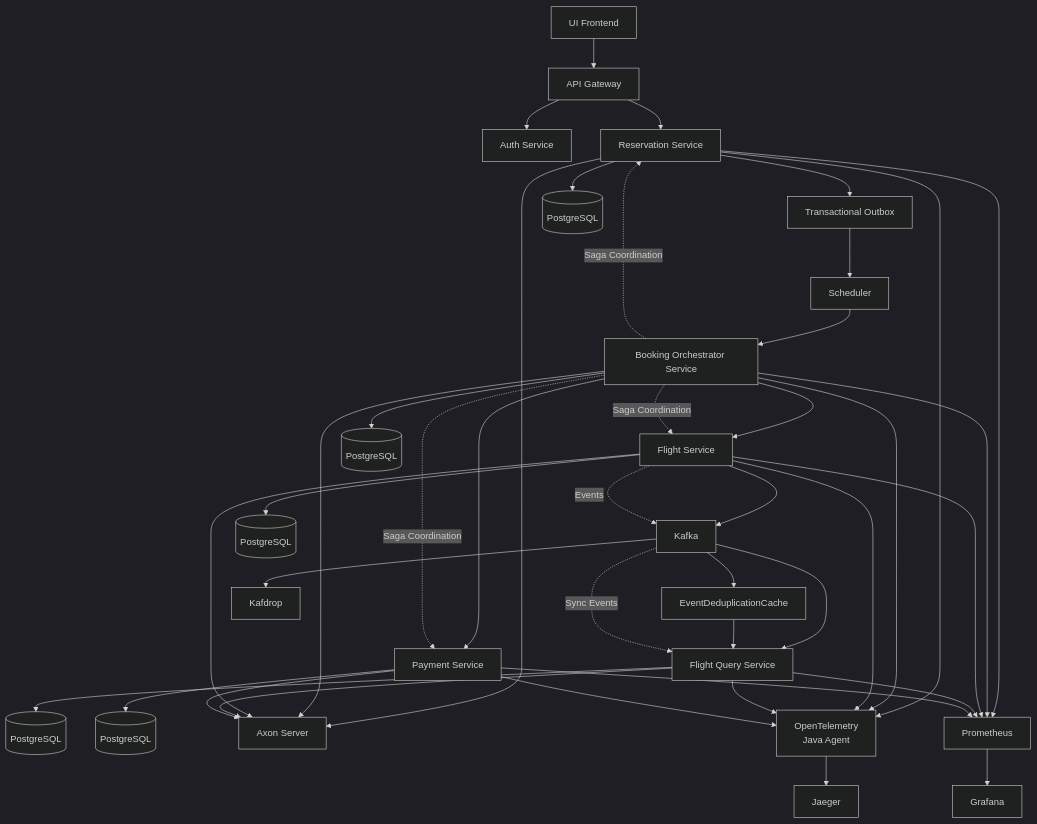
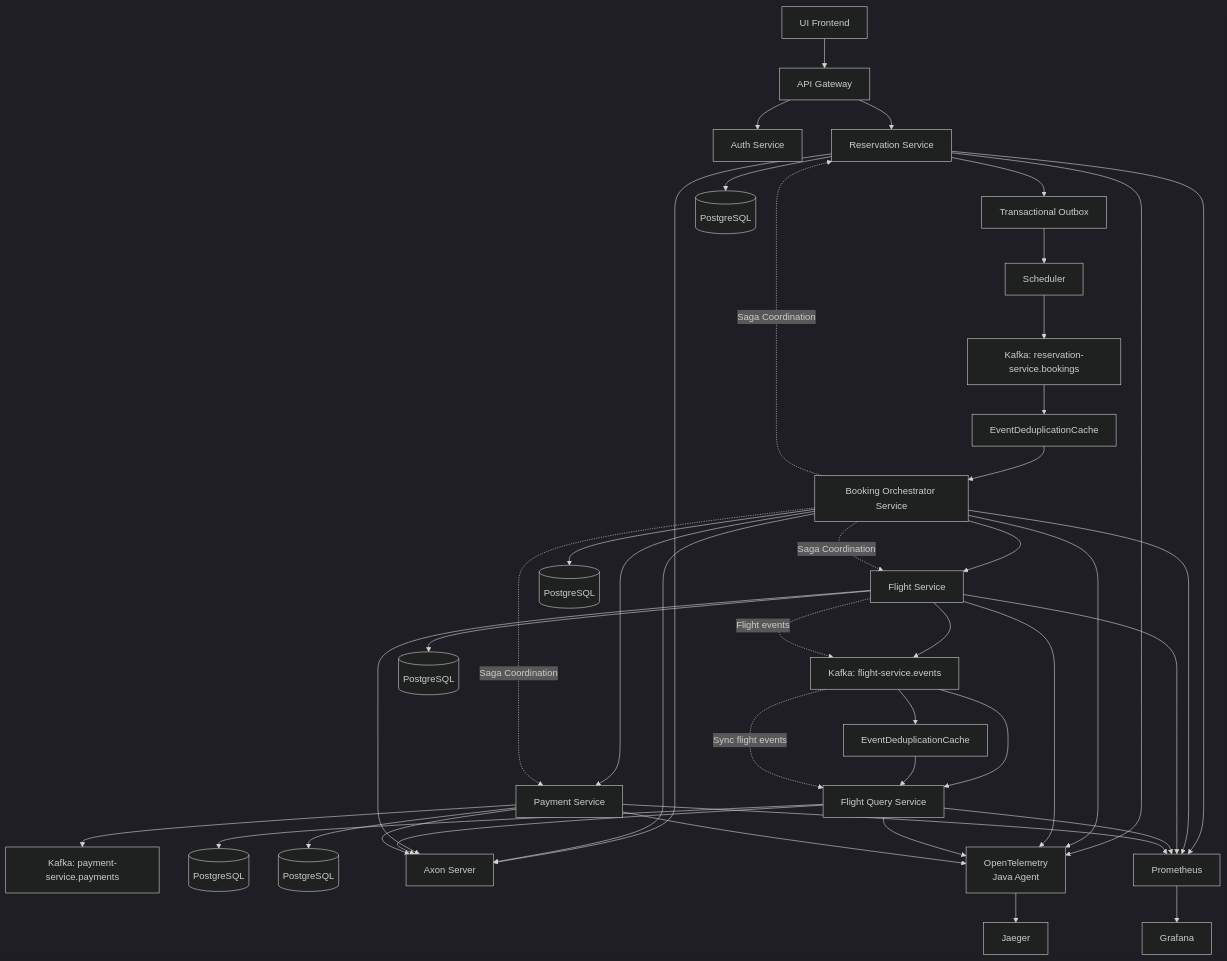
The diagram in design.mmd (vstebletsov89/spring-boot-microservices-saga), drawn with Mermaid (dark theme) before and after one commit.

```diff
--- a/design.mmd
+++ b/design.mmd
@@ -1,61 +1,68 @@
 graph TD
 UI[UI Frontend] --> GW[API Gateway]
 
 GW --> AUTH[Auth Service]
 GW --> RES[Reservation Service]
 
 RES --> TOB[Transactional Outbox]
 TOB --> SCH[Scheduler]
-SCH --> ORC[Booking Orchestrator Service]
+SCH --> KAFKA_RES_TOPIC[Kafka: reservation-service.bookings]
+
+KAFKA_RES_TOPIC --> EDC1[EventDeduplicationCache]
+EDC1 --> ORC[Booking Orchestrator Service]
 
 ORC --> FLIGHT[Flight Service]
 ORC --> PAY[Payment Service]
 
-FLIGHT --> KAFKA[Kafka]
-KAFKA --> FQ[Flight Query Service]
+FLIGHT --> KAFKA_FLIGHT_TOPIC[Kafka: flight-service.events]
+KAFKA_FLIGHT_TOPIC --> FQ[Flight Query Service]
 
-KAFKA --> EDC[EventDeduplicationCache]
-EDC --> FQ
+KAFKA_FLIGHT_TOPIC --> EDC2[EventDeduplicationCache]
+EDC2 --> FQ
+
+PAY --> KAFKA_PAYMENT_TOPIC[Kafka: payment-service.payments]
 
 %% Databases
 RES --> PGRES[(PostgreSQL)]
 ORC --> PGBOOK[(PostgreSQL)]
 FLIGHT --> PGFLIGHT[(PostgreSQL)]
 FQ --> PGQUERY[(PostgreSQL)]
 PAY --> PGPAY[(PostgreSQL)]
 
 %% Axon Server
 RES --> AXON[Axon Server]
 ORC --> AXON
 FLIGHT --> AXON
 FQ --> AXON
 PAY --> AXON
 
 %% Monitoring
 RES --> OTEL[OpenTelemetry<br/>Java Agent]
 ORC --> OTEL
 FLIGHT --> OTEL
 FQ --> OTEL
 PAY --> OTEL
 
 %% Additional monitoring
 RES --> PROM[Prometheus]
 ORC --> PROM
 FLIGHT --> PROM
 FQ --> PROM
 PAY --> PROM
 PROM --> GRAF[Grafana]
 
 OTEL --> JAEGER[Jaeger]
 
 %% Kafka UI
-KAFKA --> KAFDROP[Kafdrop]
+%%KAFKA_RES_TOPIC     --> KAFDROP[Kafdrop]
+%%KAFKA_FLIGHT_TOPIC  --> KAFDROP
+%%KAFKA_PAYMENT_TOPIC --> KAFDROP
 
 %% Saga Pattern
 ORC -.->|Saga Coordination| FLIGHT
 ORC -.->|Saga Coordination| PAY
 ORC -.->|Saga Coordination| RES
 
 %% Event Flow
-FLIGHT -.->|Events| KAFKA
-KAFKA -.->|Sync Events| FQ
+FLIGHT -.->|Flight events| KAFKA_FLIGHT_TOPIC
+KAFKA_FLIGHT_TOPIC -.->|Sync flight events| FQ
```
